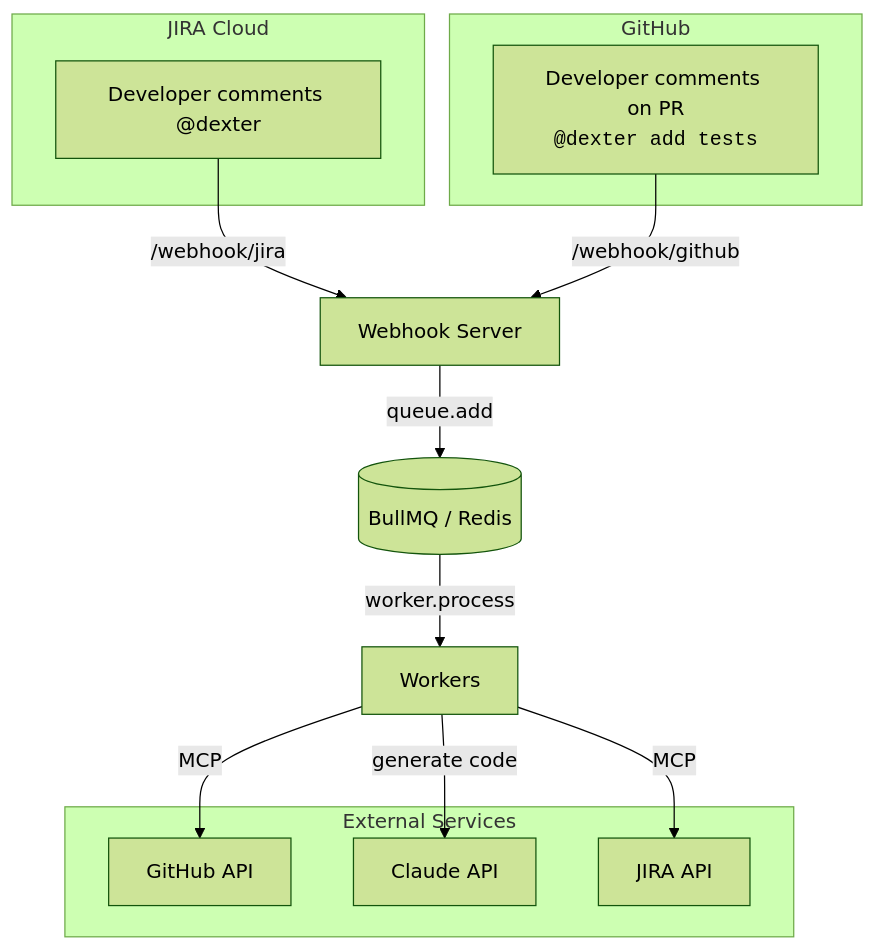
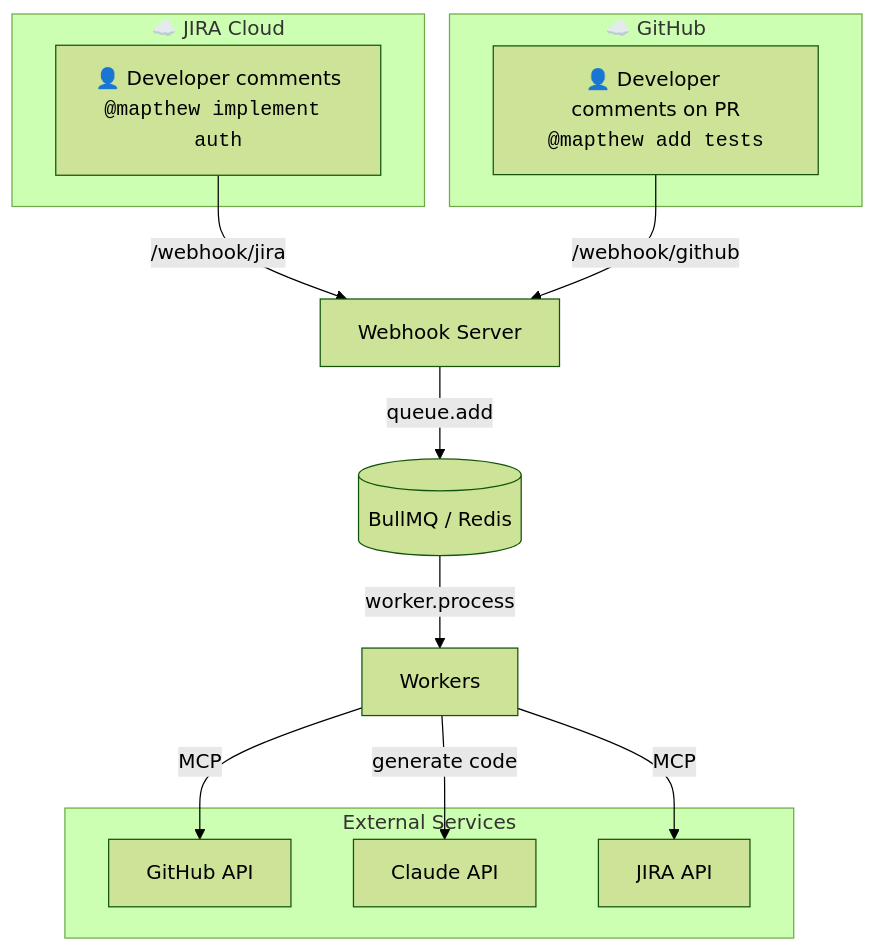
Before and after one commit to mappedin-dev/dexter: the first of 5 diagrams in docs/architecture.md, drawn with Mermaid (forest theme). The commit also changed other lines of this file and 30 other files, not shown here.

First line of the commit message:
refactor: rename dexter to mapthew with configurable bot name (#7)

````diff
--- a/docs/architecture.md
+++ b/docs/architecture.md
@@ -12,29 +12,29 @@
 ```mermaid
 flowchart TD
-    subgraph JIRA["JIRA Cloud"]
-        A["Developer comments @dexter"]
+    subgraph JIRA["☁️ JIRA Cloud"]
+        A[👤 Developer comments<br/><code>@mapthew implement auth</code>]
+    end
+
+    subgraph GitHub["☁️ GitHub"]
+        G[👤 Developer comments on PR<br/><code>@mapthew add tests</code>]
     end
 
     B[Webhook Server]
-
-    subgraph GitHub["GitHub"]
-        G[Developer comments on PR<br/><code>@dexter add tests</code>]
-    end
 
     C[("BullMQ / Redis")]
     D[Workers]
 
     subgraph External["External Services"]
         H[GitHub API]
         I[Claude API]
         J[JIRA API]
     end
 
     A -->|/webhook/jira| B
     G -->|/webhook/github| B
     B -->|queue.add| C
     C -->|worker.process| D
     D -->|MCP| J
     D -->|MCP| H
     D -->|generate code| I
 ```
````
